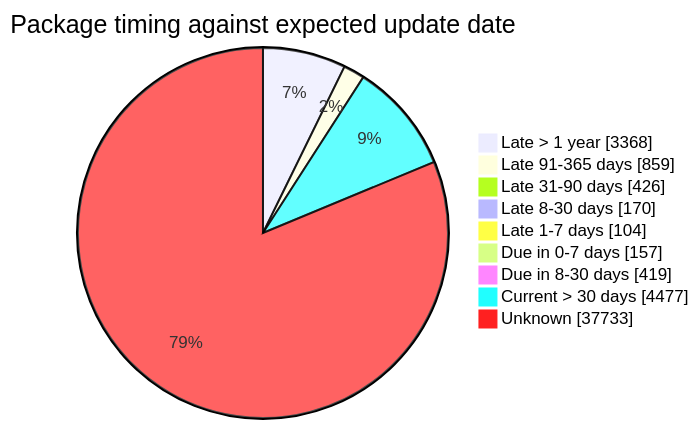
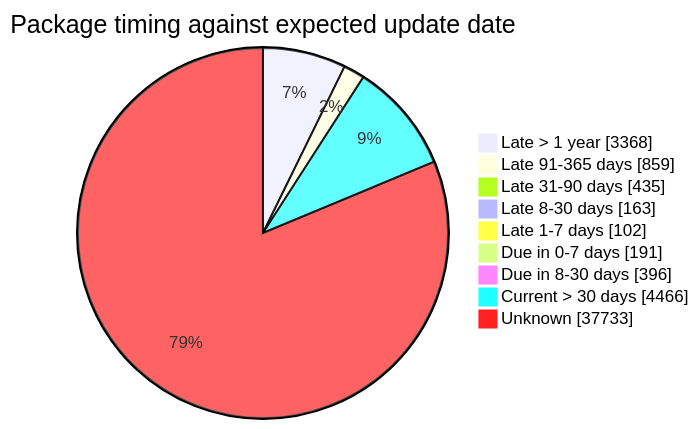
Before and after one commit to open-data/analytics-corporate-reporting: the fourth of 5 diagrams in FreshCheck/README.md, drawn with Mermaid. The commit also changed other lines of this file and 3 other files, not shown here.

````diff
--- a/FreshCheck/README.md
+++ b/FreshCheck/README.md
@@ -86,12 +86,12 @@
 ```mermaid
 pie showData title Package timing against expected update date
     "Late > 1 year": 3368
     "Late 91-365 days": 859
-    "Late 31-90 days": 426
-    "Late 8-30 days": 170
-    "Late 1-7 days": 104
-    "Due in 0-7 days": 157
-    "Due in 8-30 days": 419
-    "Current > 30 days": 4477
+    "Late 31-90 days": 435
+    "Late 8-30 days": 163
+    "Late 1-7 days": 102
+    "Due in 0-7 days": 191
+    "Due in 8-30 days": 396
+    "Current > 30 days": 4466
     "Unknown": 37733
 ```
````
